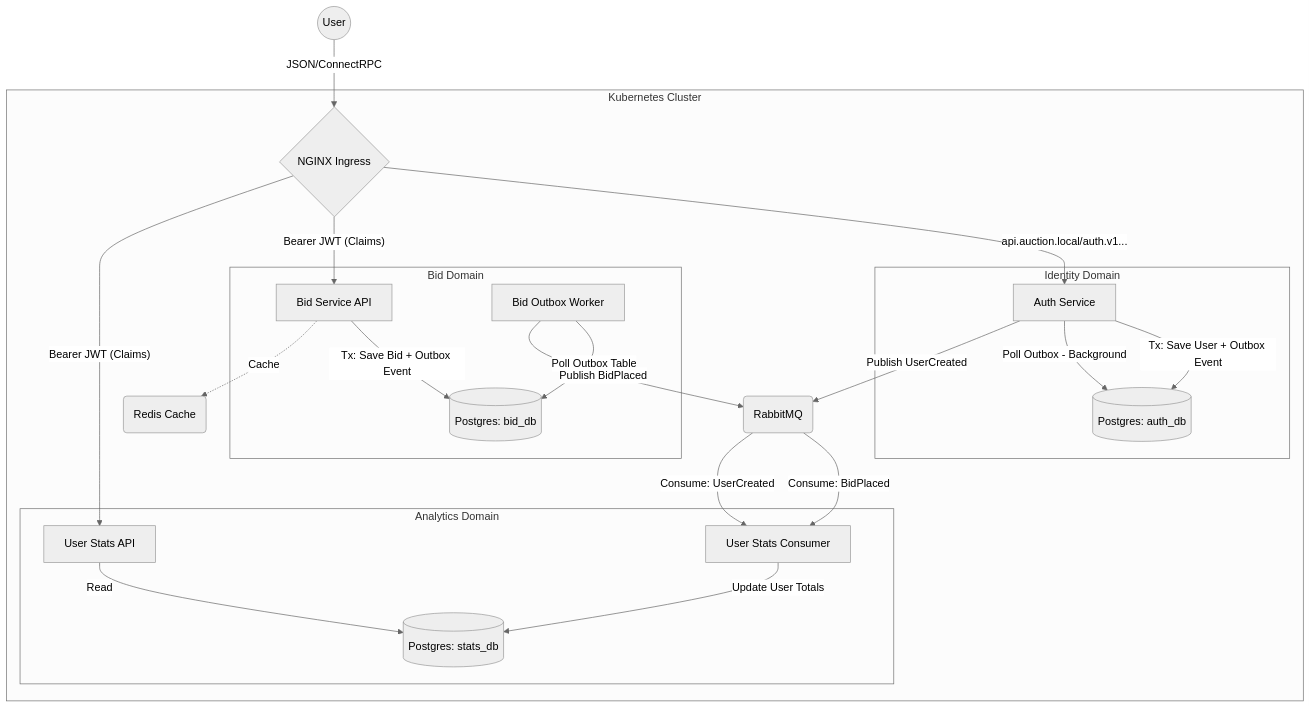
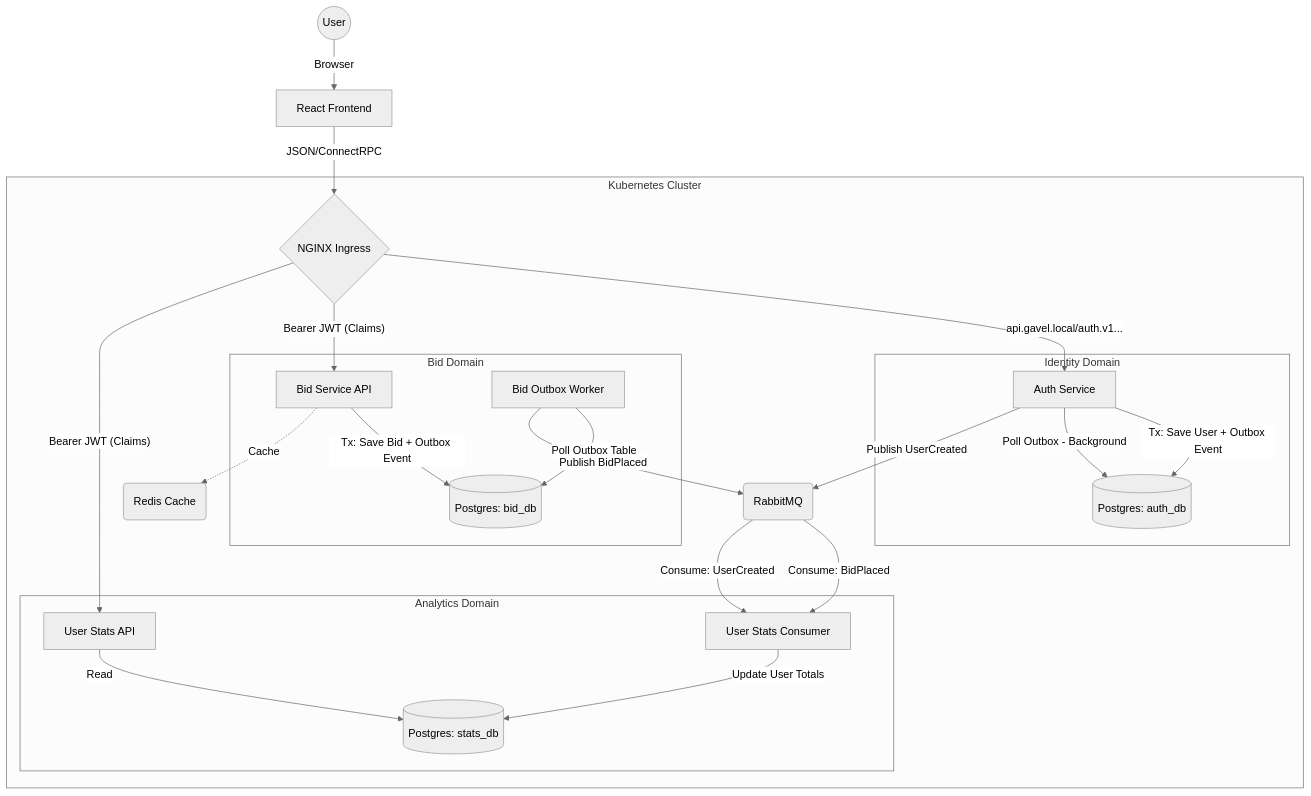
Before and after one commit to floroz/gavel: the diagram in README.md, drawn with Mermaid (neutral theme). The commit also changed other lines of this file and 74 other files, not shown here.

````diff
--- a/README.md
+++ b/README.md
@@ -31,39 +33,40 @@
 ```mermaid
 graph TD
-    User((User)) -->|JSON/ConnectRPC| Ingress{NGINX Ingress}
+    User((User)) -->|Browser| Frontend[React Frontend]
+    Frontend -->|JSON/ConnectRPC| Ingress{NGINX Ingress}
     
     subgraph "Kubernetes Cluster"
         %% Shared Infrastructure
         RMQ(RabbitMQ)
         Redis(Redis Cache)
 
         subgraph "Identity Domain"
             AuthAPI[Auth Service] -->|Tx: Save User + Outbox Event| AuthDB[(Postgres: auth_db)]
             AuthAPI -->|Poll Outbox - Background| AuthDB
         end
 
         subgraph "Bid Domain"
             BidAPI[Bid Service API] -->|Tx: Save Bid + Outbox Event| BidDB[(Postgres: bid_db)]
             BidWorker[Bid Outbox Worker] -->|Poll Outbox Table| BidDB
         end
         
         subgraph "Analytics Domain"
             StatsAPI[User Stats API] -->|Read| StatsDB[(Postgres: stats_db)]
             StatsWorker[User Stats Consumer] -->|Update User Totals| StatsDB
         end
 
         %% Routing
-        Ingress -->|api.auction.local/auth.v1...| AuthAPI
+        Ingress -->|api.gavel.local/auth.v1...| AuthAPI
         Ingress -- "Bearer JWT (Claims)" --> BidAPI
         Ingress -- "Bearer JWT (Claims)" --> StatsAPI
 
         %% Event Flow & Caching
         AuthAPI -- Publish UserCreated --> RMQ
         BidWorker -- Publish BidPlaced --> RMQ
         
         RMQ -- Consume: BidPlaced --> StatsWorker
         RMQ -- Consume: UserCreated --> StatsWorker
         
         BidAPI -.->|Cache| Redis
     end
 ```
````
